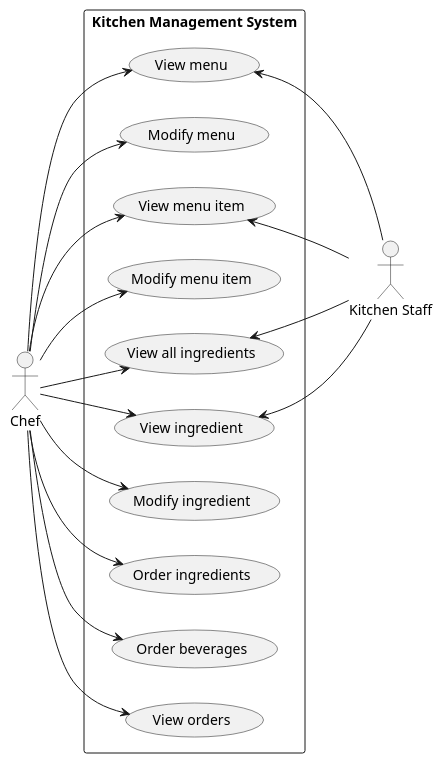
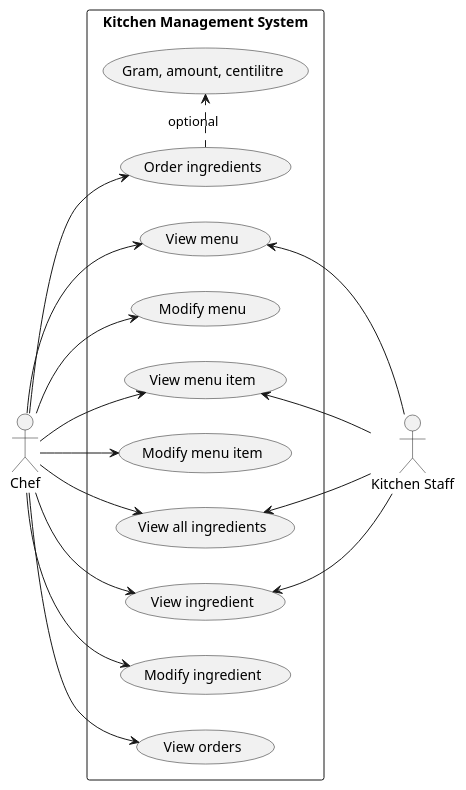
One commit to mrjink/molveno changed the diagram in src/main/docs/uml/use-case/restaurant/kitchen.puml. Above: the diagram before and after it, drawn with PlantUML. The commit also changed 5 other files, not shown here.

Commit message:
Updated UML

```diff
--- a/src/main/docs/uml/use-case/restaurant/kitchen.puml
+++ b/src/main/docs/uml/use-case/restaurant/kitchen.puml
@@ -1,40 +1,41 @@
 @startuml
 
 left to right direction
 
 actor Chef
 actor "Kitchen Staff" as KS
 
 rectangle "Kitchen Management System" {
     (View menu) as (MenuView)
     (Modify menu) as (MenuUpdate)
 
     (View menu item) as (MenuItemView)
     (Modify menu item) as (MenuItemUpdate)
 
     (View all ingredients) as (IngredientAll)
     (View ingredient) as (IngredientView)
     (Modify ingredient) as (IngredientUpdate)
     (Order ingredients) as (IngredientOrder)
-    (Order beverages) as (BeverageOrder)
     (View orders) as (KitchenOrderView)
+    (Gram, amount, centilitre) as (IngredientQuantity)
+
+    (IngredientOrder) .> (IngredientQuantity) : optional
 
     Chef --> (MenuView)
     Chef --> (MenuUpdate)
     Chef --> (MenuItemView)
     Chef --> (MenuItemUpdate)
 
     Chef --> (IngredientAll)
     Chef --> (IngredientView)
     Chef --> (IngredientUpdate)
     Chef --> (IngredientOrder)
-    Chef --> (BeverageOrder)
     Chef --> (KitchenOrderView)
 
     (MenuView) <-- KS
     (MenuItemView) <-- KS
     (IngredientAll) <-- KS
     (IngredientView) <-- KS
 }
 
 @enduml
```
